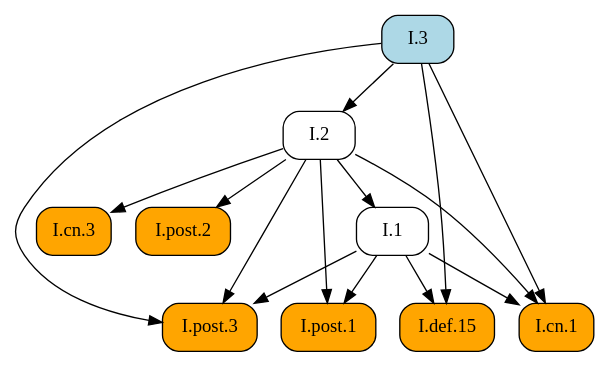
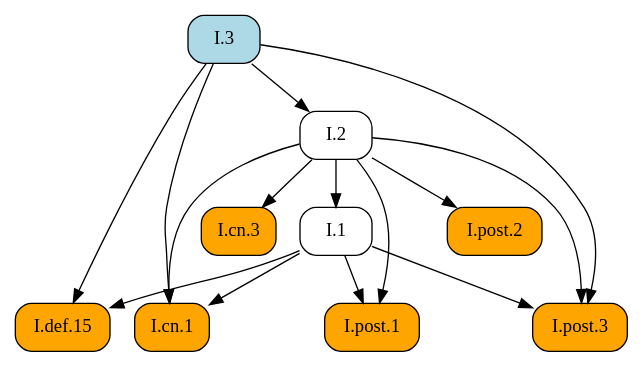
One commit to geometor/elements changed the diagram in docsrc/elements2/I/3/index.rst. Above: the diagram before and after it, drawn with Graphviz. The commit also changed other lines of this file and 171 other files, not shown here.

```diff
--- a/docsrc/elements2/I/3/index.rst
+++ b/docsrc/elements2/I/3/index.rst
@@ -38,29 +38,29 @@
 .. graphviz::
 
    digraph {
      rankdir="TB";
      node [shape=box, style=rounded];
-     "I.post.2" [style="rounded,filled", fillcolor=orange, URL="/elements2/I/post.2/", target="_top"];
      "I.2" [URL="/elements2/I/2/", target="_top"];
-     "I.post.1" [style="rounded,filled", fillcolor=orange, URL="/elements2/I/post.1/", target="_top"];
-     "I.cn.1" [style="rounded,filled", fillcolor=orange, URL="/elements2/I/cn.1/", target="_top"];
-     "I.3" [style="rounded,filled", fillcolor=lightblue, URL="/elements2/I/3/", target="_top"];
+     "I.1" [URL="/elements2/I/1/", target="_top"];
      "I.cn.3" [style="rounded,filled", fillcolor=orange, URL="/elements2/I/cn.3/", target="_top"];
      "I.def.15" [style="rounded,filled", fillcolor=orange, URL="/elements2/I/def.15/", target="_top"];
+     "I.post.1" [style="rounded,filled", fillcolor=orange, URL="/elements2/I/post.1/", target="_top"];
+     "I.post.2" [style="rounded,filled", fillcolor=orange, URL="/elements2/I/post.2/", target="_top"];
+     "I.3" [style="rounded,filled", fillcolor=lightblue, URL="/elements2/I/3/", target="_top"];
+     "I.cn.1" [style="rounded,filled", fillcolor=orange, URL="/elements2/I/cn.1/", target="_top"];
      "I.post.3" [style="rounded,filled", fillcolor=orange, URL="/elements2/I/post.3/", target="_top"];
-     "I.1" [URL="/elements2/I/1/", target="_top"];
-     "I.2" -> "I.post.2";
      "I.3" -> "I.2";
+     "I.2" -> "I.1";
+     "I.2" -> "I.cn.3";
+     "I.1" -> "I.def.15";
+     "I.3" -> "I.def.15";
      "I.1" -> "I.post.1";
      "I.2" -> "I.post.1";
+     "I.2" -> "I.post.2";
      "I.1" -> "I.cn.1";
      "I.2" -> "I.cn.1";
      "I.3" -> "I.cn.1";
-     "I.2" -> "I.cn.3";
-     "I.1" -> "I.def.15";
-     "I.3" -> "I.def.15";
      "I.1" -> "I.post.3";
      "I.2" -> "I.post.3";
      "I.3" -> "I.post.3";
-     "I.2" -> "I.1";
    }
```
